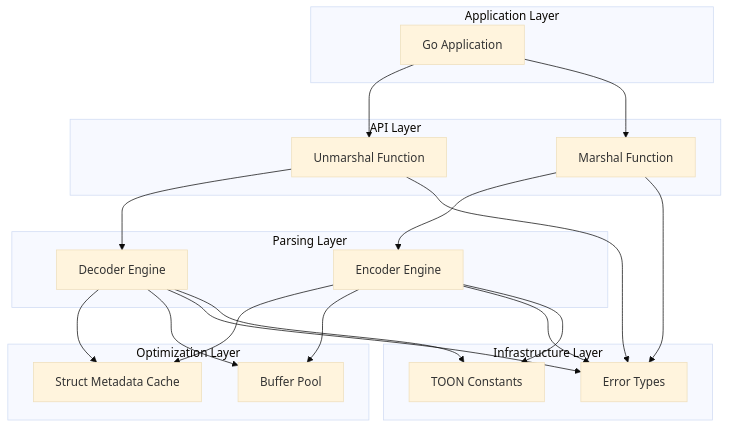
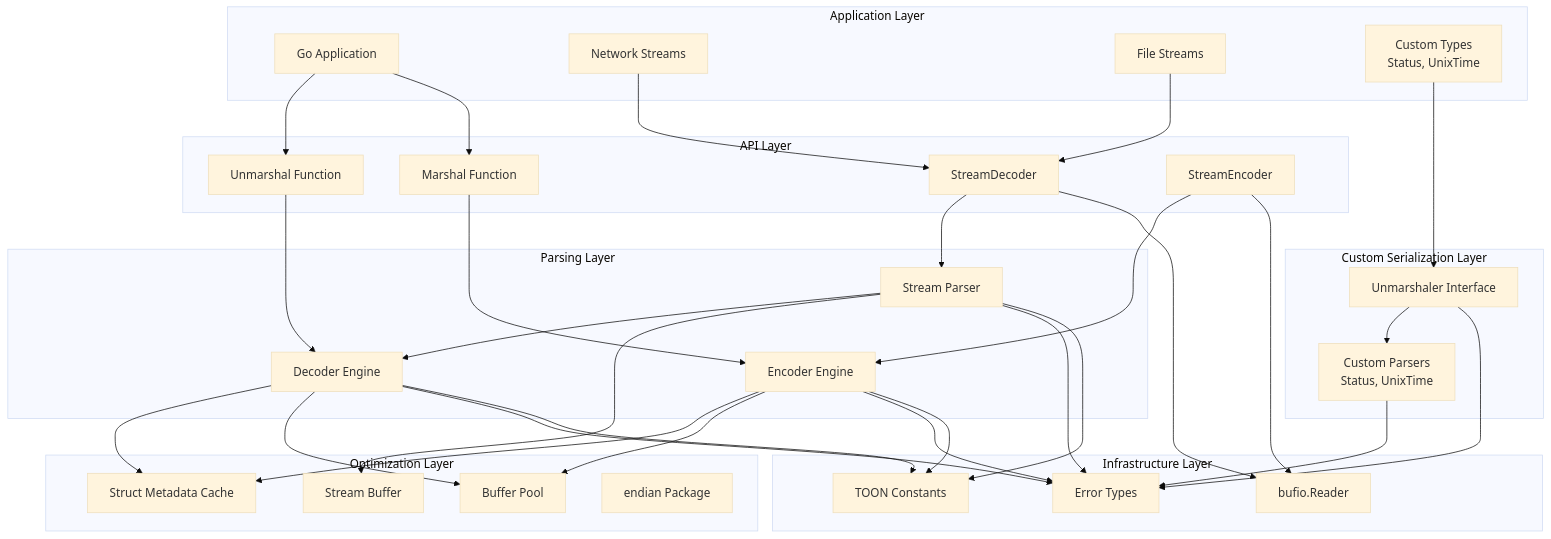
Before and after one commit to OTumanov/go-toon: the second of 17 diagrams in .qoder/repowiki/en/content/Decoder Engine.md, drawn with Mermaid (base theme). The commit also changed other lines of this file and 11 other files, not shown here.

First line of the commit message:
feat: add Pre-flight Schema + Token Calculator to toongen

````diff
--- a/.qoder/repowiki/en/content/Decoder Engine.md
+++ b/.qoder/repowiki/en/content/Decoder Engine.md
@@ -135,36 +175,62 @@
 ```mermaid
 graph TB
 subgraph "Application Layer"
 APP[Go Application]
+NET[Network Streams]
+FILE[File Streams]
+CUSTOM[Custom Types<br/>Status, UnixTime]
 end
 subgraph "API Layer"
 UNMARSHAL[Unmarshal Function]
 MARSHAL[Marshal Function]
+STREAM_DECODER[StreamDecoder]
+STREAM_ENCODER[StreamEncoder]
 end
 subgraph "Parsing Layer"
 DECODER[Decoder Engine]
 ENCODER[Encoder Engine]
+STREAM_PARSER[Stream Parser]
+end
+subgraph "Custom Serialization Layer"
+UNMARSHALER[Unmarshaler Interface]
+CUSTOM_PARSERS[Custom Parsers<br/>Status, UnixTime]
 end
 subgraph "Optimization Layer"
 CACHE[Struct Metadata Cache]
 BUFFER_POOL[Buffer Pool]
+STREAM_BUFFER[Stream Buffer]
+ENDIAN[endian Package]
 end
 subgraph "Infrastructure Layer"
 ERRORS[Error Types]
 CONSTANTS[TOON Constants]
+BUFIO[bufio.Reader]
+ENDIAN[endian Package]
 end
 APP --> UNMARSHAL
 APP --> MARSHAL
+NET --> STREAM_DECODER
+FILE --> STREAM_DECODER
+CUSTOM --> UNMARSHALER
+UNMARSHALER --> CUSTOM_PARSERS
+STREAM_DECODER --> STREAM_PARSER
+STREAM_ENCODER --> ENCODER
 UNMARSHAL --> DECODER
 MARSHAL --> ENCODER
 DECODER --> CACHE
 ENCODER --> CACHE
+STREAM_PARSER --> DECODER
 DECODER --> BUFFER_POOL
 ENCODER --> BUFFER_POOL
+STREAM_PARSER --> STREAM_BUFFER
+STREAM_DECODER --> BUFIO
+STREAM_ENCODER --> BUFIO
 DECODER --> ERRORS
 ENCODER --> ERRORS
-UNMARSHAL --> ERRORS
-MARSHAL --> ERRORS
+STREAM_PARSER --> ERRORS
+UNMARSHALER --> ERRORS
+CUSTOM_PARSERS --> ERRORS
 DECODER --> CONSTANTS
 ENCODER --> CONSTANTS
+STREAM_PARSER --> CONSTANTS
 ```
````
